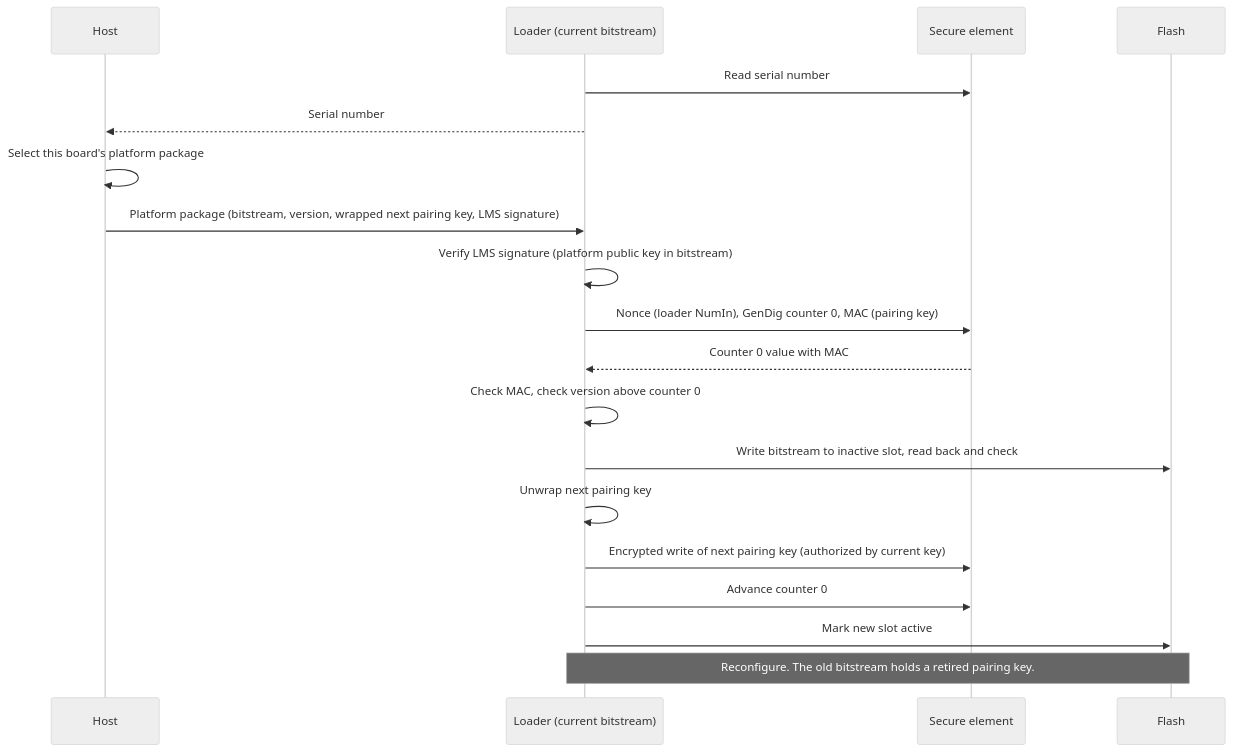
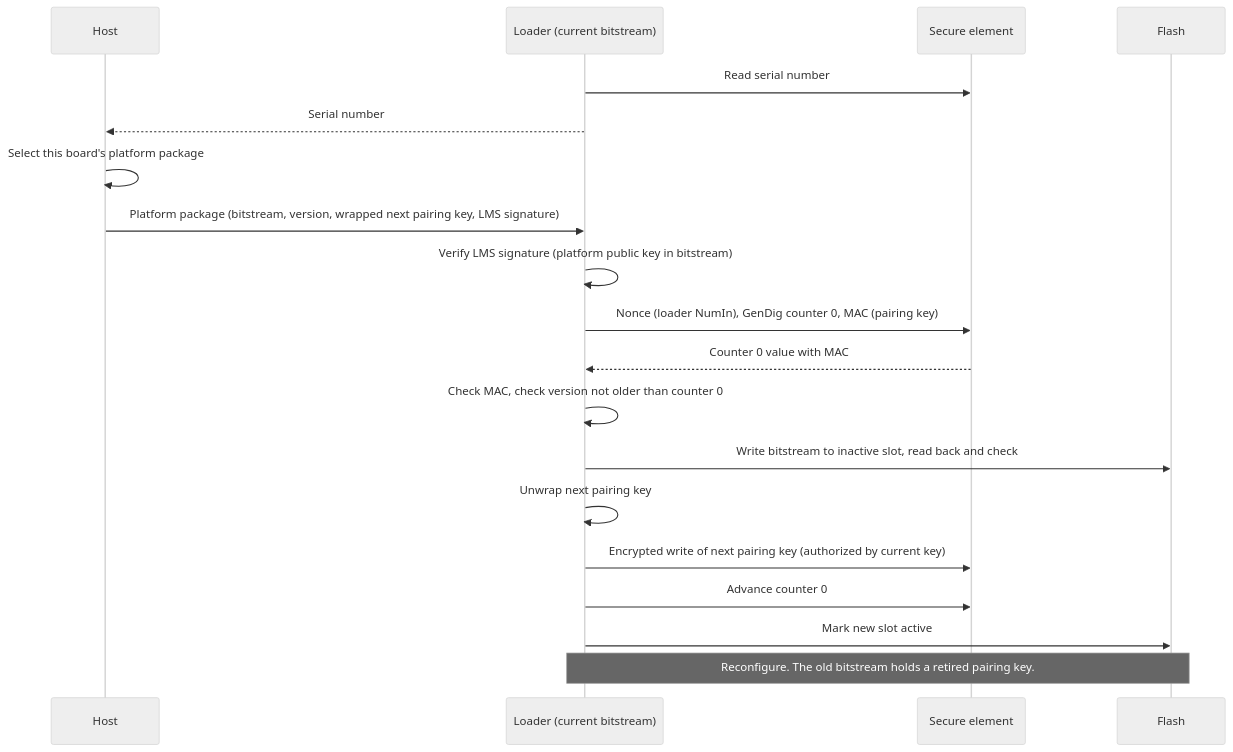
The third of 7 diagrams in doc/fda.md (bradleyeckert/thriller), drawn with Mermaid (neutral theme) before and after one commit. The commit also changed other lines of this file and 7 other files, not shown here.

First line of the commit message:
User data on MicroSD; version rule 'not older'; add doc/se.md slot map; R28 user data freshness

````diff
--- a/doc/fda.md
+++ b/doc/fda.md
@@ -168,21 +168,21 @@
 ```mermaid
 sequenceDiagram
   participant H as Host
   participant L as Loader (current bitstream)
   participant SE as Secure element
   participant F as Flash
   L->>SE: Read serial number
   L-->>H: Serial number
   H->>H: Select this board's platform package
   H->>L: Platform package (bitstream, version, wrapped next pairing key, LMS signature)
   L->>L: Verify LMS signature (platform public key in bitstream)
   L->>SE: Nonce (loader NumIn), GenDig counter 0, MAC (pairing key)
   SE-->>L: Counter 0 value with MAC
-  L->>L: Check MAC, check version above counter 0
+  L->>L: Check MAC, check version not older than counter 0
   L->>F: Write bitstream to inactive slot, read back and check
   L->>L: Unwrap next pairing key
   L->>SE: Encrypted write of next pairing key (authorized by current key)
   L->>SE: Advance counter 0
   L->>F: Mark new slot active
   Note over L,F: Reconfigure. The old bitstream holds a retired pairing key.
 ```
````
